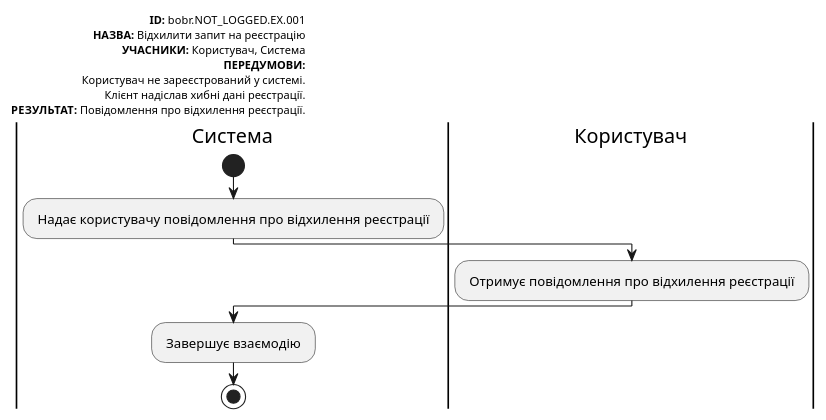
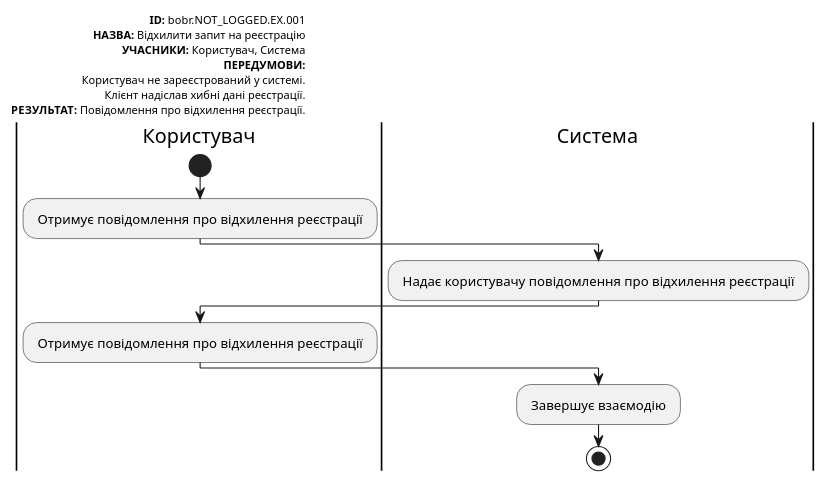
Before and after one commit to bochka123/bobryataStars: diagram 16 of 24 in docs/use cases/README.md, drawn with PlantUML. The commit also changed other lines of this file, not shown here.

```diff
--- a/docs/use cases/README.md
+++ b/docs/use cases/README.md
@@ -746,23 +746,27 @@
   @startuml
 
         left header
              <font color=000 size=10><b>ID:</b> bobr.NOT_LOGGED.EX.001
              <font color=000 size=10><b>НАЗВА:</b> Відхилити запит на реєстрацію
              <font color=000 size=10><b>УЧАСНИКИ:</b> Користувач, Система
              <font color=000 size=10><b>ПЕРЕДУМОВИ:</b>
              <font color=000 size=10>Користувач не зареєстрований у системі.
              <font color=000 size=10>Клієнт надіслав хибні дані реєстрації.
              <font color=000 size=10><b>РЕЗУЛЬТАТ:</b> Повідомлення про відхилення реєстрації.
          end header
+         |Користувач|
+            start
+             : Отримує повідомлення про відхилення реєстрації ;
+             
          |Система|
-             start
+             
              : Надає користувачу повідомлення про відхилення реєстрації ;
 
          |Користувач|
              : Отримує повідомлення про відхилення реєстрації ;
 
          |Система|
              : Завершує взаємодію ;
 
              stop;
     @enduml
```
